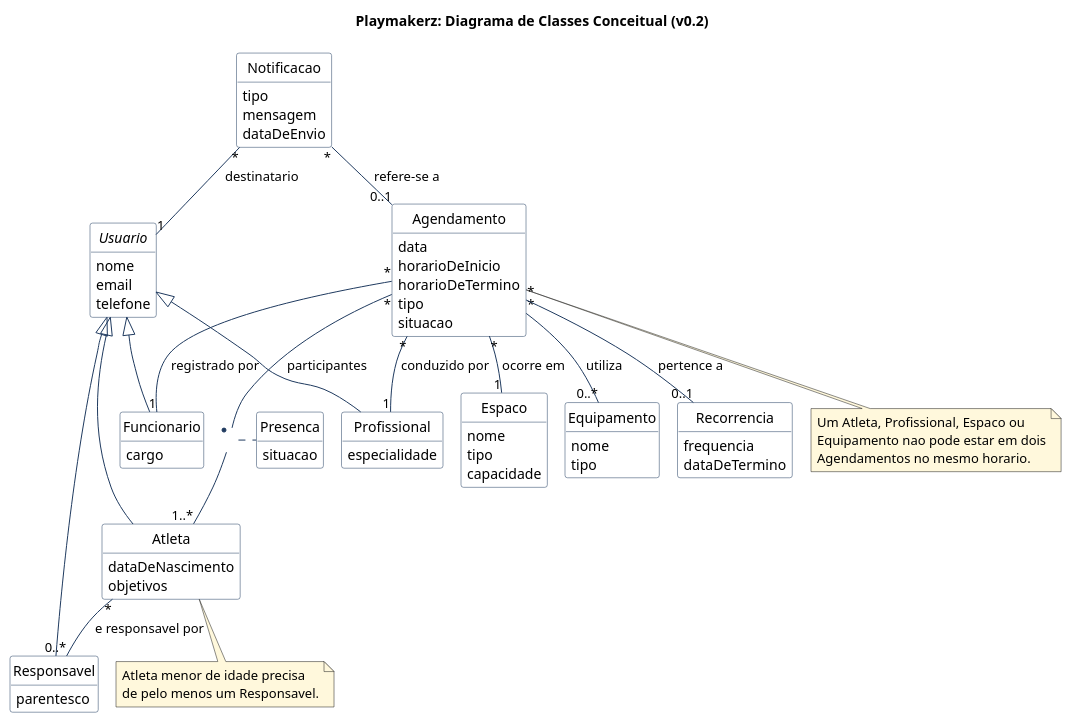
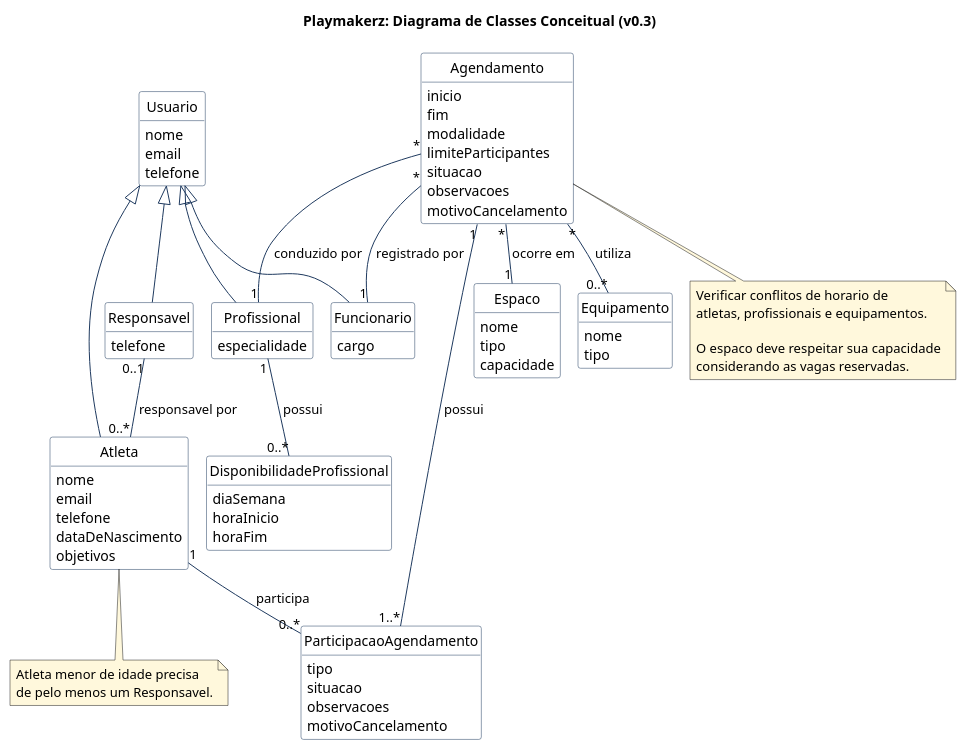
One commit to Projetos-de-Extensao/PECDII_26.2_8001_IV changed the diagram in docs/assets/Diagrama_de_Classes/classes_conceitual.puml. Above: the diagram before and after it, drawn with PlantUML.

Commit message:
docs: atualiza diagrama de classes conceitual

```diff
--- a/docs/assets/Diagrama_de_Classes/classes_conceitual.puml
+++ b/docs/assets/Diagrama_de_Classes/classes_conceitual.puml
@@ -1,100 +1,102 @@
 @startuml classes_conceitual
 !pragma layout smetana
-title Playmakerz: Diagrama de Classes Conceitual (v0.2)
+title Playmakerz: Diagrama de Classes Conceitual (v0.3)
 
 skinparam shadowing false
 skinparam classAttributeIconSize 0
 skinparam classBackgroundColor #FFFFFF
 skinparam classBorderColor #1F3A5F
 skinparam ArrowColor #1F3A5F
 skinparam NoteBackgroundColor #FFF8DC
 hide empty methods
 hide circle
 
-abstract class Usuario {
+class Usuario {
   nome
   email
   telefone
 }
 
 class Atleta {
+  nome
+  email
+  telefone
   dataDeNascimento
   objetivos
 }
 
 class Responsavel {
-  parentesco
+  telefone
 }
 
 class Profissional {
   especialidade
+}
+
+class DisponibilidadeProfissional {
+  diaSemana
+  horaInicio
+  horaFim
 }
 
 class Funcionario {
   cargo
 }
 
 class Espaco {
   nome
   tipo
   capacidade
 }
 
 class Equipamento {
   nome
   tipo
 }
 
 class Agendamento {
-  data
-  horarioDeInicio
-  horarioDeTermino
+  inicio
+  fim
+  modalidade
+  limiteParticipantes
+  situacao
+  observacoes
+  motivoCancelamento
+}
+
+class ParticipacaoAgendamento {
   tipo
   situacao
-}
-
-class Recorrencia {
-  frequencia
-  dataDeTermino
-}
-
-class Presenca {
-  situacao
-}
-
-class Notificacao {
-  tipo
-  mensagem
-  dataDeEnvio
+  observacoes
+  motivoCancelamento
 }
 
 Usuario <|-- Atleta
 Usuario <|-- Responsavel
 Usuario <|-- Profissional
 Usuario <|-- Funcionario
 
-Atleta "*" -- "0..*" Responsavel : e responsavel por <
+Responsavel "0..1" -- "0..*" Atleta : responsavel por >
 
-Agendamento "*" -- "1..*" Atleta : participantes
-(Agendamento, Atleta) .. Presenca
+Agendamento "1" -- "1..*" ParticipacaoAgendamento : possui >
+Atleta "1" -- "0..*" ParticipacaoAgendamento : participa >
+Profissional "1" -- "0..*" DisponibilidadeProfissional : possui >
 Agendamento "*" -- "1" Profissional : conduzido por >
 Agendamento "*" -- "1" Espaco : ocorre em >
 Agendamento "*" -- "0..*" Equipamento : utiliza >
-Agendamento "*" -- "0..1" Recorrencia : pertence a >
 Agendamento "*" -- "1" Funcionario : registrado por >
 
-Notificacao "*" -- "1" Usuario : destinatario >
-Notificacao "*" -- "0..1" Agendamento : refere-se a >
+note bottom of Agendamento
+  Verificar conflitos de horario de
+  atletas, profissionais e equipamentos.
 
-note bottom of Agendamento
-  Um Atleta, Profissional, Espaco ou
-  Equipamento nao pode estar em dois
-  Agendamentos no mesmo horario.
+  O espaco deve respeitar sua capacidade
+  considerando as vagas reservadas.
 end note
 
 note bottom of Atleta
   Atleta menor de idade precisa
   de pelo menos um Responsavel.
 end note
 
 @enduml
```
